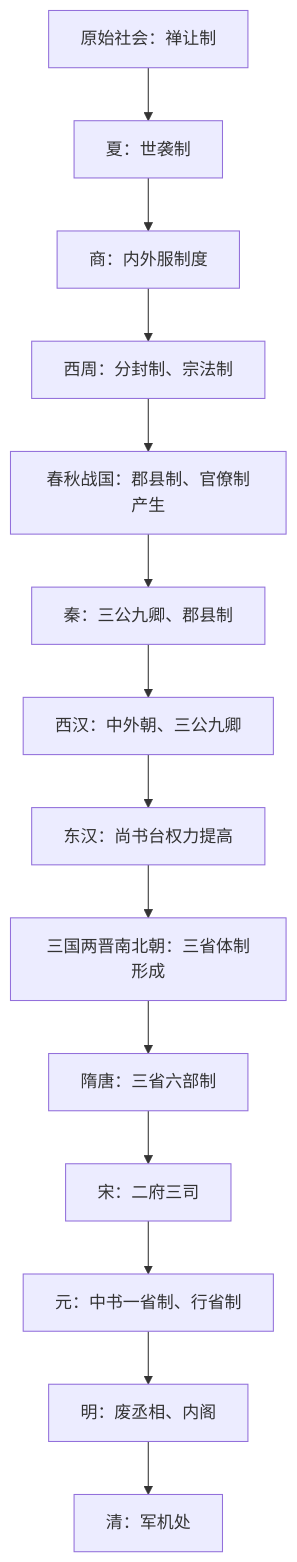
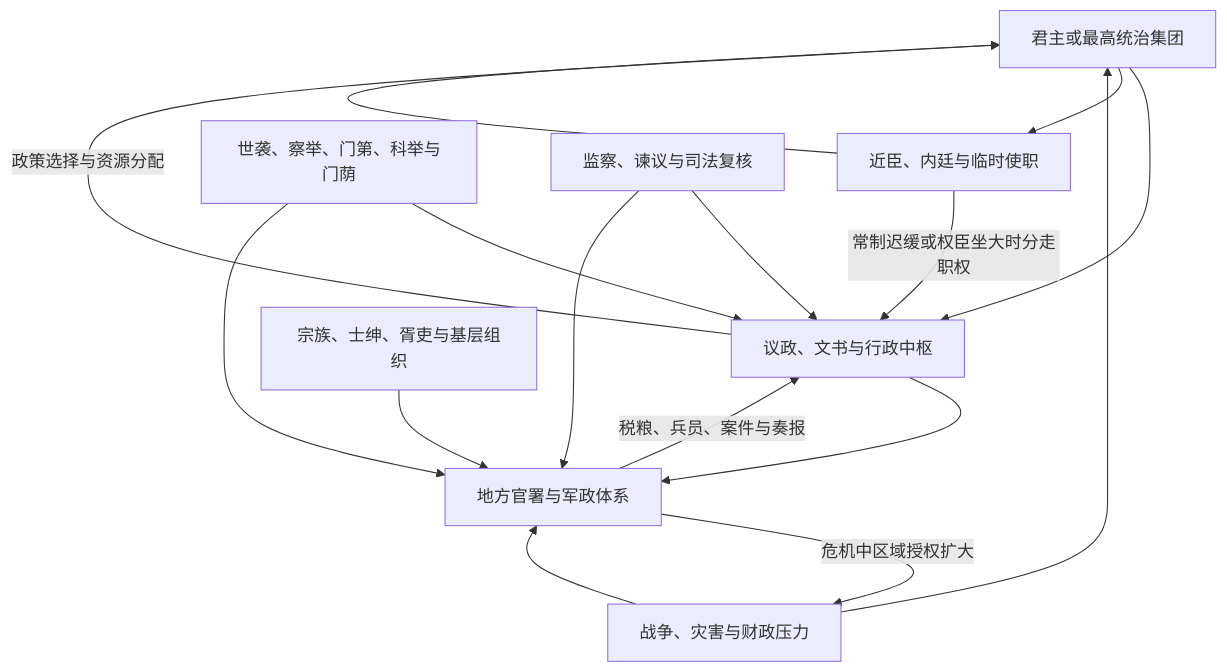
The diagram in 人文科学/历史/东亚/中国/_制度/政治制度/中国古代政治制度演变.md (tianlan-dev/learning-notes), drawn with Mermaid before and after one commit. The commit also changed other lines of this file and 1417 other files, not shown here.

````diff
--- a/人文科学/历史/东亚/中国/_制度/政治制度/中国古代政治制度演变.md
+++ b/人文科学/历史/东亚/中国/_制度/政治制度/中国古代政治制度演变.md
@@ -31,16 +11,18 @@
 ```mermaid
 flowchart TD
-    A["原始社会：禅让制"] --> B["夏：世袭制"]
-    B --> C["商：内外服制度"]
-    C --> D["西周：分封制、宗法制"]
-    D --> E["春秋战国：郡县制、官僚制产生"]
-    E --> F["秦：三公九卿、郡县制"]
-    F --> G["西汉：中外朝、三公九卿"]
-    G --> H["东汉：尚书台权力提高"]
-    H --> I["三国两晋南北朝：三省体制形成"]
-    I --> J["隋唐：三省六部制"]
-    J --> K["宋：二府三司"]
-    K --> L["元：中书一省制、行省制"]
-    L --> M["明：废丞相、内阁"]
-    M --> N["清：军机处"]
+    E["君主或最高统治集团"] --> D["议政、文书与行政中枢"]
+    D --> L["地方官署与军政体系"]
+    L -->|税粮、兵员、案件与奏报| D
+    D -->|政策选择与资源分配| E
+    N["近臣、内廷与临时使职"] --> E
+    E --> N
+    N -->|常制迟缓或权臣坐大时分走职权| D
+    R["世袭、察举、门第、科举与门荫"] --> D
+    R --> L
+    S["宗族、士绅、胥吏与基层组织"] --> L
+    W["战争、灾害与财政压力"] --> E
+    W --> L
+    L -->|危机中区域授权扩大| W
+    A["监察、谏议与司法复核"] --> D
+    A --> L
 ```
````
